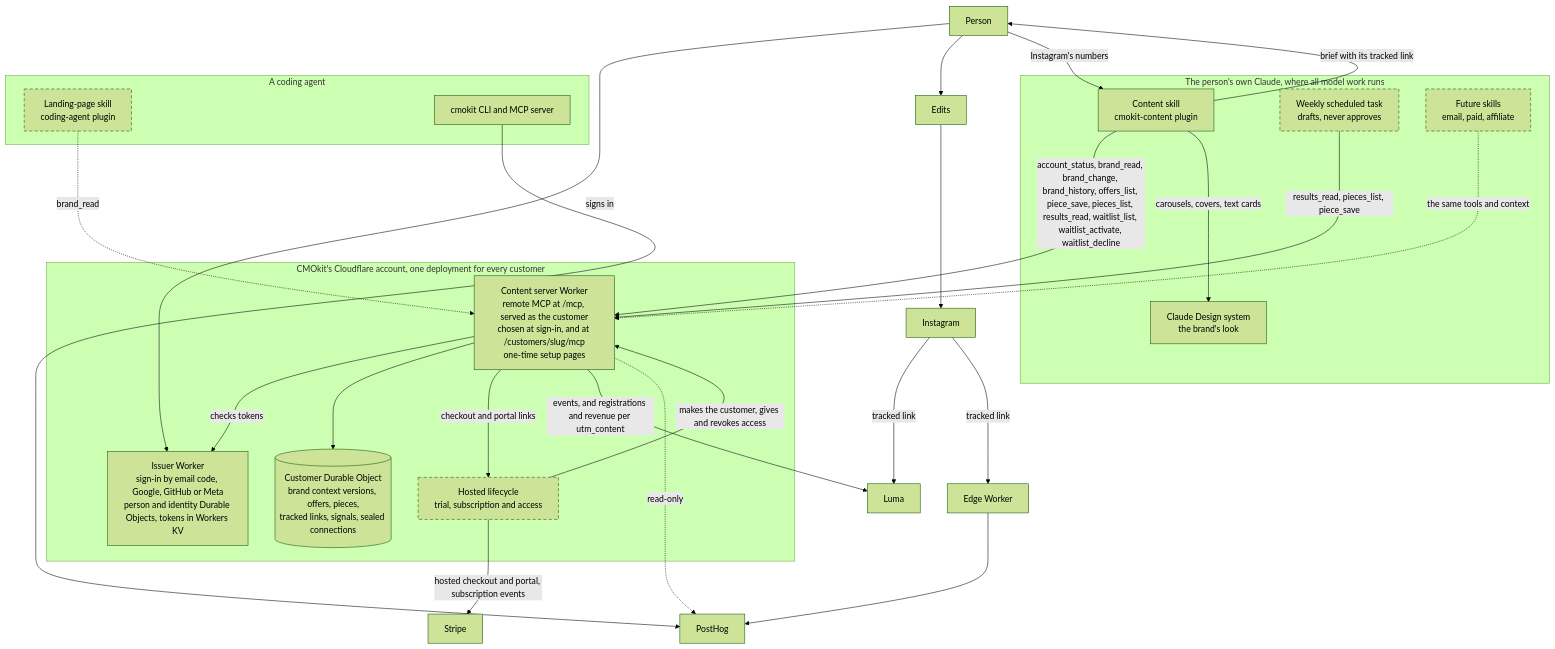
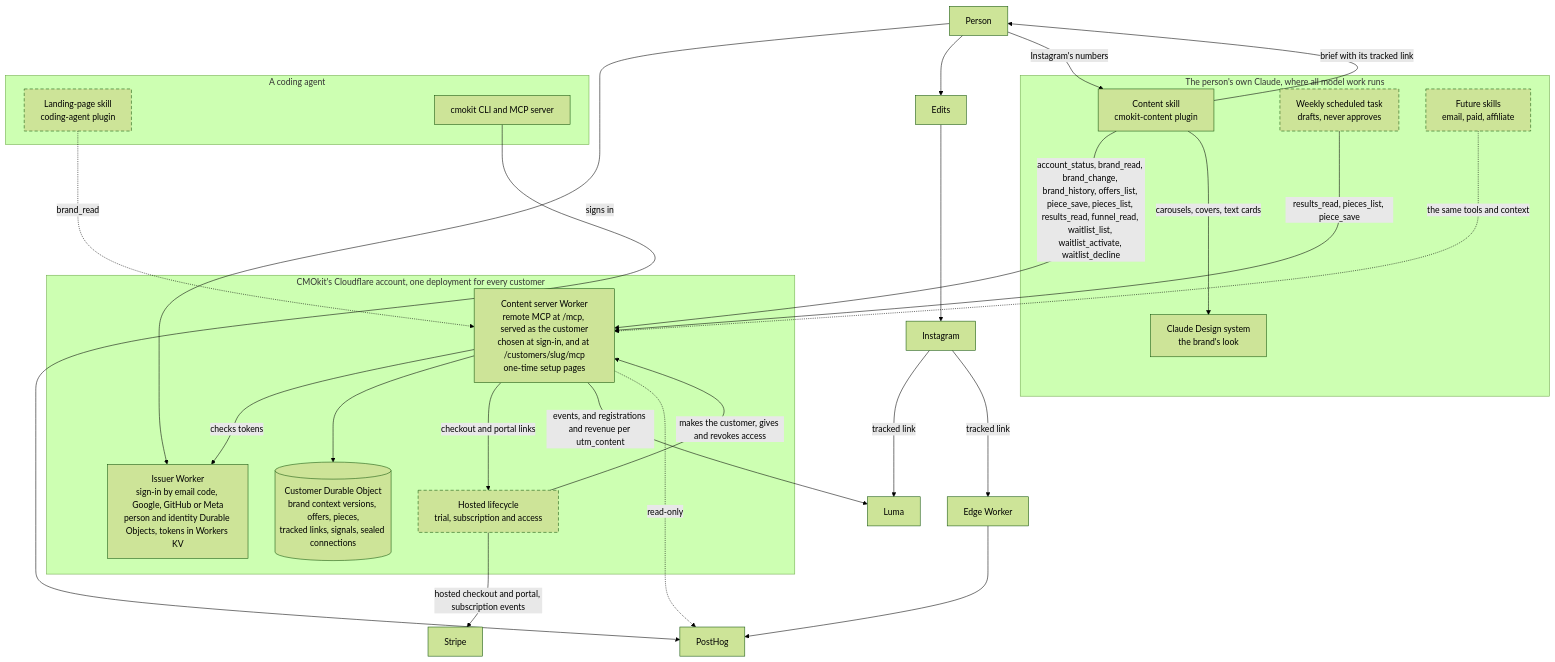
One commit to cmokit/cmokit changed the second of 6 diagrams in docs/explanation/architecture.md. Above: the diagram before and after it, drawn with Mermaid (forest theme). The commit also changed 11 other files, not shown here.

First line of the commit message:
Count visits from the waitlist form so the funnel shows a join rate per source (#50)

````diff
--- a/docs/explanation/architecture.md
+++ b/docs/explanation/architecture.md
@@ -65,54 +65,54 @@
 ```mermaid
 flowchart TB
   person["Person"]
 
   subgraph claude["The person's own Claude, where all model work runs"]
     content["Content skill<br/>cmokit-content plugin"]
     task["Weekly scheduled task<br/>drafts, never approves"]
     design["Claude Design system<br/>the brand's look"]
     future["Future skills<br/>email, paid, affiliate"]
   end
 
   subgraph coding["A coding agent"]
     lp["Landing-page skill<br/>coding-agent plugin"]
     cli["cmokit CLI and MCP server"]
   end
 
   subgraph cf["CMOkit's Cloudflare account, one deployment for every customer"]
     issuer["Issuer Worker<br/>sign-in by email code, Google, GitHub or Meta<br/>person and identity Durable Objects, tokens in Workers KV"]
     server["Content server Worker<br/>remote MCP at /mcp, served as the customer<br/>chosen at sign-in, and at /customers/slug/mcp<br/>one-time setup pages"]
     custdo[("Customer Durable Object<br/>brand context versions, offers, pieces,<br/>tracked links, signals, sealed connections")]
     billing["Hosted lifecycle<br/>trial, subscription and access"]
   end
 
   edge["Edge Worker"]
   luma["Luma"]
   posthog["PostHog"]
   edits["Edits"]
   insta["Instagram"]
   stripe["Stripe"]
 
   person -- "signs in" --> issuer
-  content -- "account_status, brand_read, brand_change, brand_history, offers_list, piece_save, pieces_list, results_read, waitlist_list, waitlist_activate, waitlist_decline" --> server
+  content -- "account_status, brand_read, brand_change, brand_history, offers_list, piece_save, pieces_list, results_read, funnel_read, waitlist_list, waitlist_activate, waitlist_decline" --> server
   task -- "results_read, pieces_list, piece_save" --> server
   lp -. "brand_read" .-> server
   future -. "the same tools and context" .-> server
   server -- "checks tokens" --> issuer
   server --> custdo
   server -- "checkout and portal links" --> billing
   billing -- "makes the customer, gives and revokes access" --> server
   billing -- "hosted checkout and portal, subscription events" --> stripe
   server -- "events, and registrations and revenue per utm_content" --> luma
   server -. "read-only" .-> posthog
   content -- "carousels, covers, text cards" --> design
   content -- "brief with its tracked link" --> person
   person --> edits --> insta
   person -- "Instagram's numbers" --> content
   insta -- "tracked link" --> luma
   insta -- "tracked link" --> edge
   edge --> posthog
   cli --> posthog
 
   classDef designed stroke-dasharray:6 4
   class task,lp,billing,future designed
 ```
````
